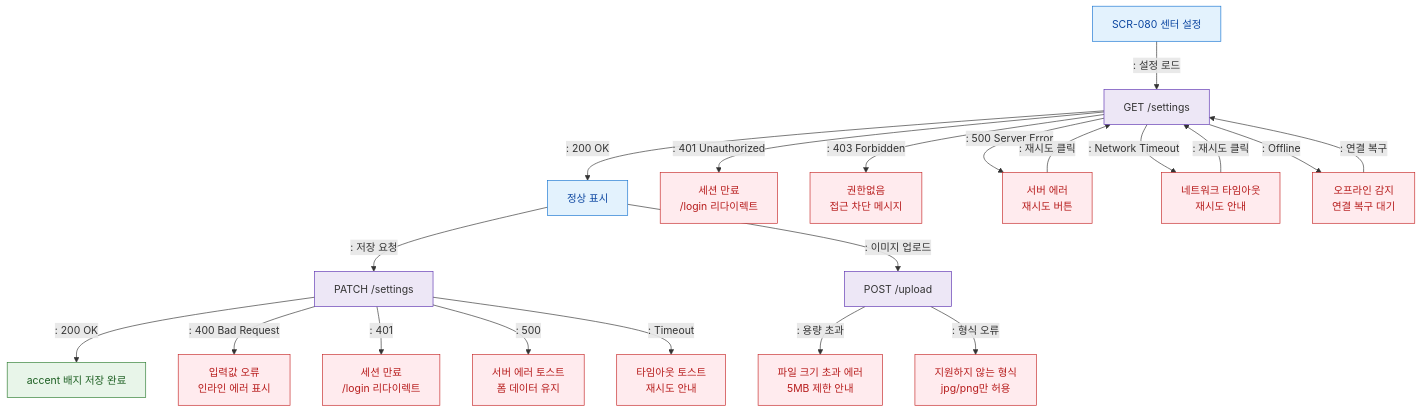
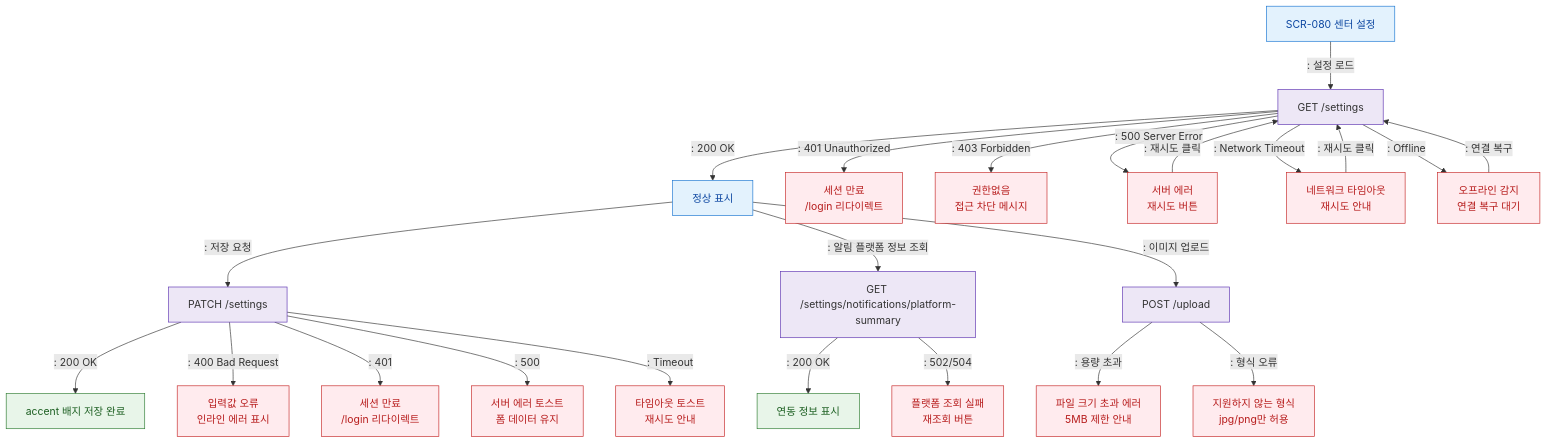
Before and after one commit to dev-spogym/admin-pando: the diagram in docs/admin/다이어그램/D09_설정관리/SCR-080_센터설정/F8_에러예외복구.md, drawn with Mermaid. The commit also changed other lines of this file and 25 other files, not shown here.

````diff
--- a/docs/admin/다이어그램/D09_설정관리/SCR-080_센터설정/F8_에러예외복구.md
+++ b/docs/admin/다이어그램/D09_설정관리/SCR-080_센터설정/F8_에러예외복구.md
@@ -15,36 +15,40 @@
 ```mermaid
 flowchart TD
     SCR080[SCR-080 센터 설정]
 
     SCR080 -->|": 설정 로드"|LoadReq[GET /settings]
     LoadReq -->|": 200 OK"|Normal[정상 표시]
     LoadReq -->|": 401 Unauthorized"|E_Auth[세션 만료\n/login 리다이렉트]
     LoadReq -->|": 403 Forbidden"|E_Perm[권한없음\n접근 차단 메시지]
     LoadReq -->|": 500 Server Error"|E_Server[서버 에러\n재시도 버튼]
     LoadReq -->|": Network Timeout"|E_Net[네트워크 타임아웃\n재시도 안내]
     LoadReq -->|": Offline"|E_Offline[오프라인 감지\n연결 복구 대기]
 
     Normal -->|": 저장 요청"|SaveReq[PATCH /settings]
     SaveReq -->|": 200 OK"|SaveOK[accent 배지 저장 완료]
     SaveReq -->|": 400 Bad Request"|E_Valid[입력값 오류\n인라인 에러 표시]
     SaveReq -->|": 401"|E_AuthSave[세션 만료\n/login 리다이렉트]
     SaveReq -->|": 500"|E_SaveServer[서버 에러 토스트\n폼 데이터 유지]
     SaveReq -->|": Timeout"|E_SaveTimeout[타임아웃 토스트\n재시도 안내]
 
     E_Server -->|": 재시도 클릭"|LoadReq
     E_Net -->|": 재시도 클릭"|LoadReq
     E_Offline -->|": 연결 복구"|LoadReq
 
+    Normal -->|": 알림 플랫폼 정보 조회"|PlatformReq[GET /settings/notifications/platform-summary]
+    PlatformReq -->|": 200 OK"|PlatformOK[연동 정보 표시]
+    PlatformReq -->|": 502/504"|E_Platform[플랫폼 조회 실패\n재조회 버튼]
+
     Normal -->|": 이미지 업로드"|UploadReq[POST /upload]
     UploadReq -->|": 용량 초과"|E_FileSize[파일 크기 초과 에러\n5MB 제한 안내]
     UploadReq -->|": 형식 오류"|E_FileType[지원하지 않는 형식\njpg/png만 허용]
 
     classDef screen fill:#E3F2FD,stroke:#1976D2,color:#0D47A1
     classDef error fill:#FFEBEE,stroke:#C62828,color:#B71C1C
     classDef success fill:#E8F5E9,stroke:#2E7D32,color:#1B5E20
     classDef system fill:#EDE7F6,stroke:#5E35B2
     class SCR080,Normal screen
-    class E_Auth,E_Perm,E_Server,E_Net,E_Offline,E_Valid,E_AuthSave,E_SaveServer,E_SaveTimeout,E_FileSize,E_FileType error
-    class SaveOK success
-    class LoadReq,SaveReq,UploadReq system
+    class E_Auth,E_Perm,E_Server,E_Net,E_Offline,E_Valid,E_AuthSave,E_SaveServer,E_SaveTimeout,E_FileSize,E_FileType,E_Platform error
+    class SaveOK,PlatformOK success
+    class LoadReq,SaveReq,UploadReq,PlatformReq system
 ```
````
